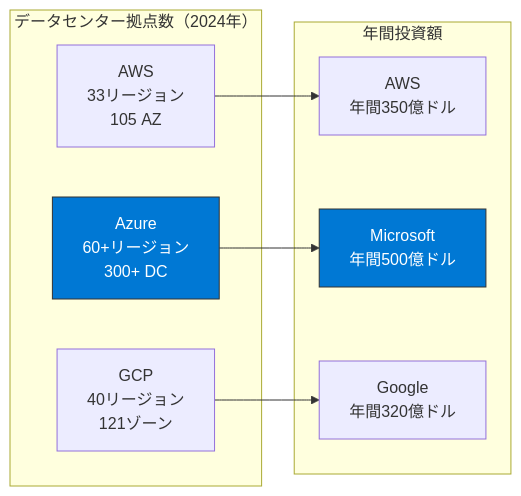
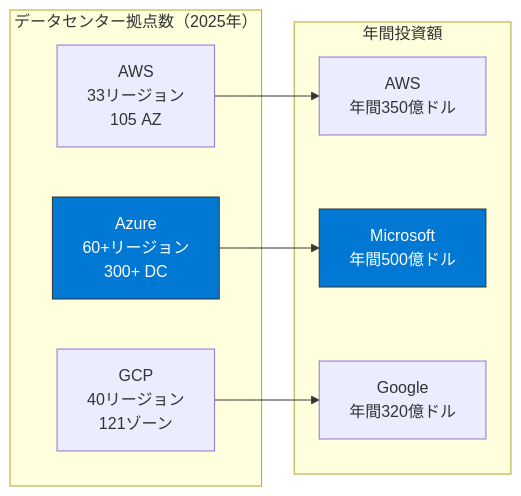
Before and after one commit to yasuhisa1984/blog: the second of 4 diagrams in content/posts/it-company-power-ranking.md, drawn with Mermaid. The commit also changed other lines of this file, not shown here.

````diff
--- a/content/posts/it-company-power-ranking.md
+++ b/content/posts/it-company-power-ranking.md
@@ -110,21 +115,21 @@
 ```mermaid
 graph LR
-    subgraph "データセンター拠点数（2024年）"
+    subgraph "データセンター拠点数（2025年）"
         AWS[AWS<br/>33リージョン<br/>105 AZ]
         Azure[Azure<br/>60+リージョン<br/>300+ DC]
         GCP[GCP<br/>40リージョン<br/>121ゾーン]
     end
 
     subgraph "年間投資額"
         AWS2[AWS<br/>年間350億ドル]
         Azure2[Microsoft<br/>年間500億ドル]
         GCP2[Google<br/>年間320億ドル]
     end
 
     AWS --> AWS2
     Azure --> Azure2
     GCP --> GCP2
 
     style Azure fill:#0078d4,stroke:#333,color:#fff
     style Azure2 fill:#0078d4,stroke:#333,color:#fff
 ```
````
